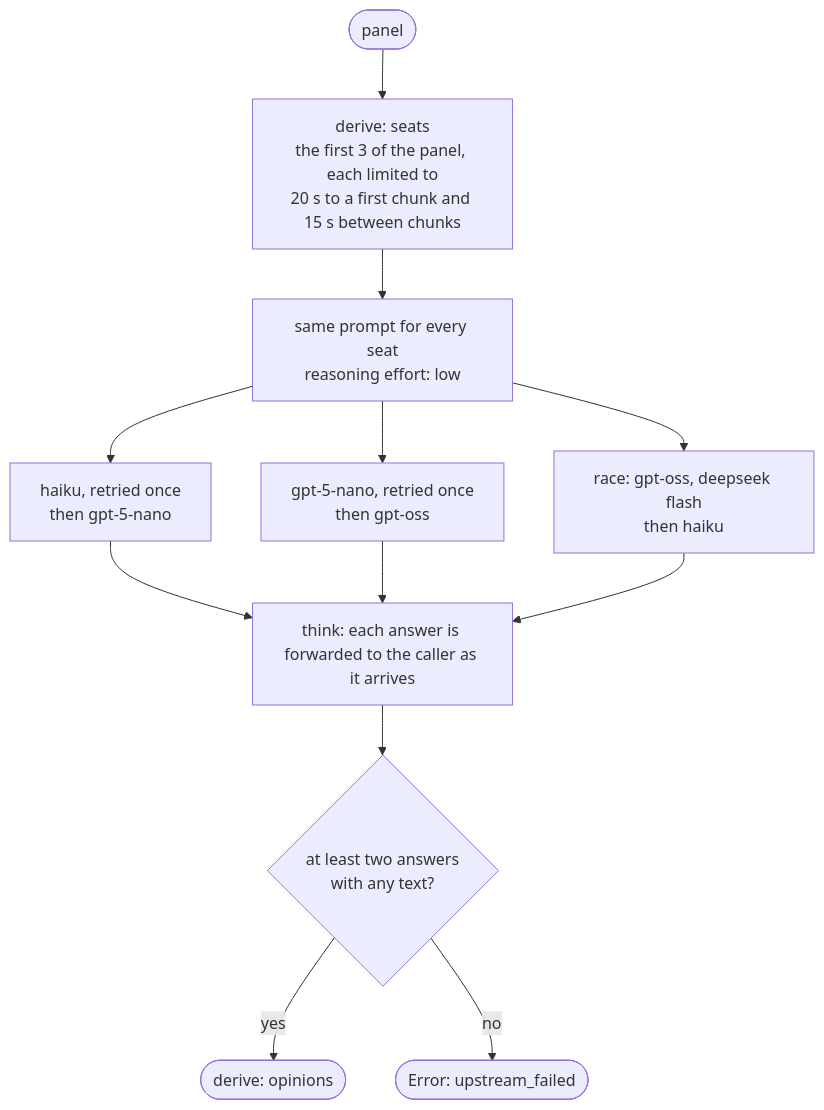
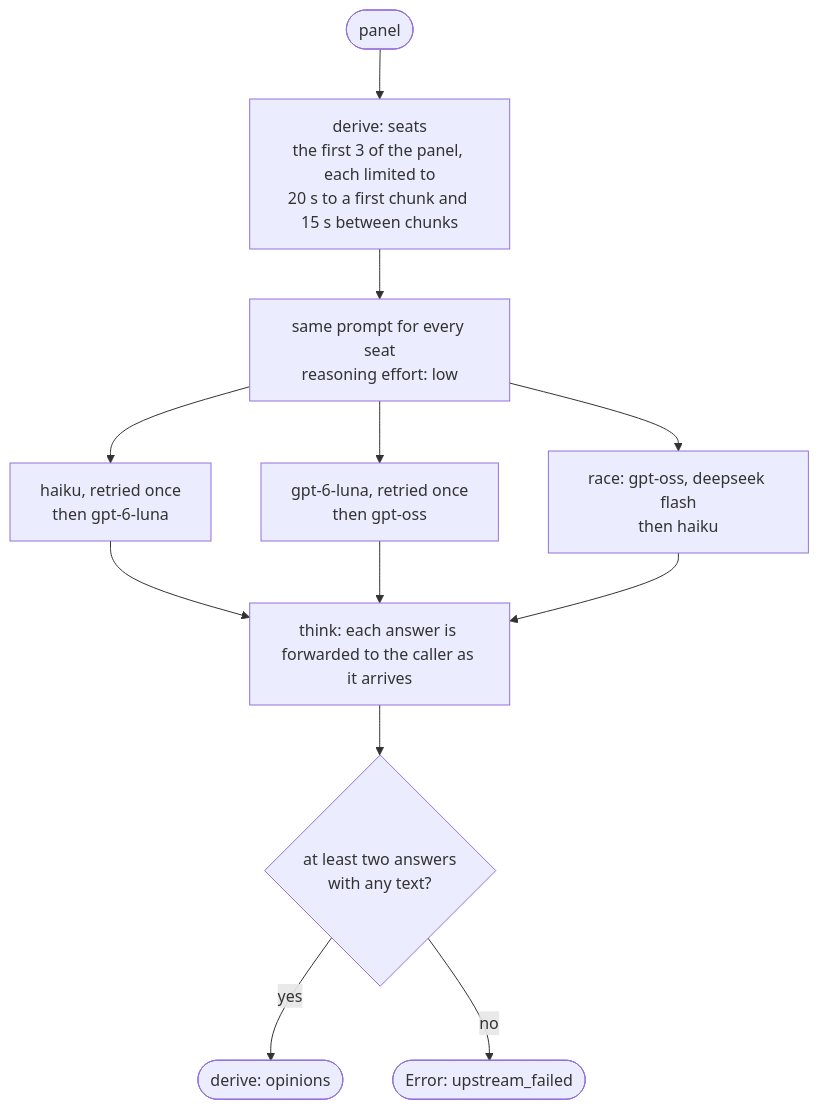
Before and after one commit to skrrt-sh/motty-sdk: the second of 3 diagrams in examples/council/README.md, drawn with Mermaid. The commit also changed other lines of this file and 138 other files, not shown here.

````diff
--- a/examples/council/README.md
+++ b/examples/council/README.md
@@ -62,15 +62,15 @@
 ```mermaid
 flowchart TD
   start([panel]) --> seats["derive: seats<br/>the first 3 of the panel, each limited to<br/>20 s to a first chunk and 15 s between chunks"]
   seats --> brief["same prompt for every seat<br/>reasoning effort: low"]
-  brief --> claude["haiku, retried once<br/>then gpt-5-nano"]
-  brief --> gpt["gpt-5-nano, retried once<br/>then gpt-oss"]
+  brief --> claude["haiku, retried once<br/>then gpt-6-luna"]
+  brief --> gpt["gpt-6-luna, retried once<br/>then gpt-oss"]
   brief --> open["race: gpt-oss, deepseek flash<br/>then haiku"]
   claude --> live
   gpt --> live
   open --> live
   live["think: each answer is forwarded to the caller as it arrives"]
   live --> quorum{"at least two answers<br/>with any text?"}
   quorum -- yes --> opinions([derive: opinions])
   quorum -- no --> failed(["Error: upstream_failed"])
 ```
````
